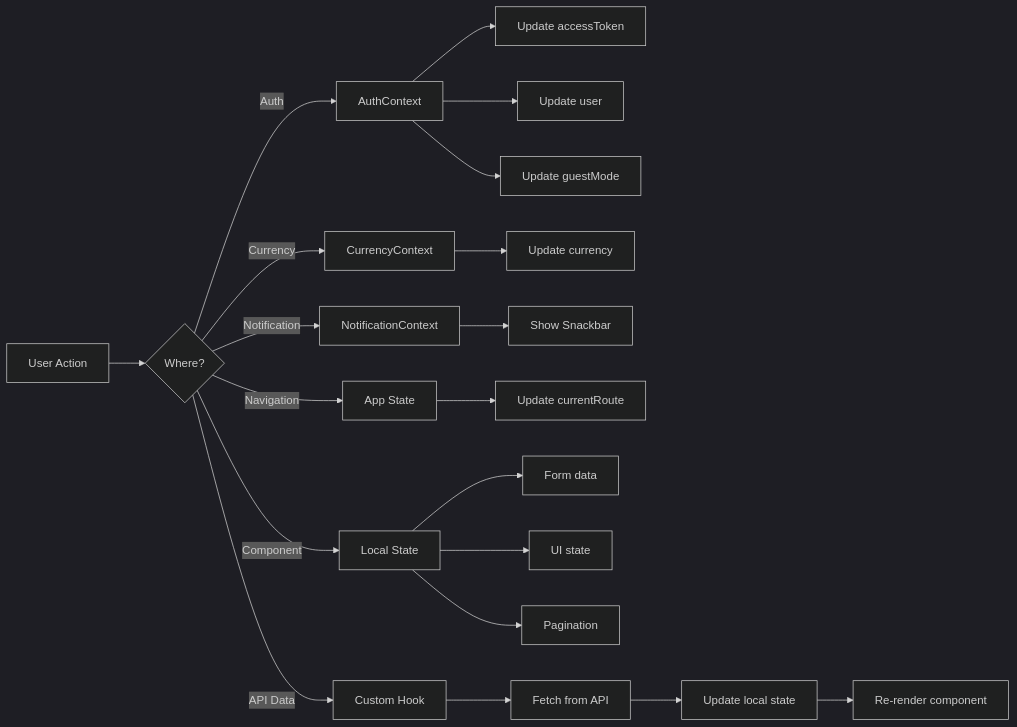
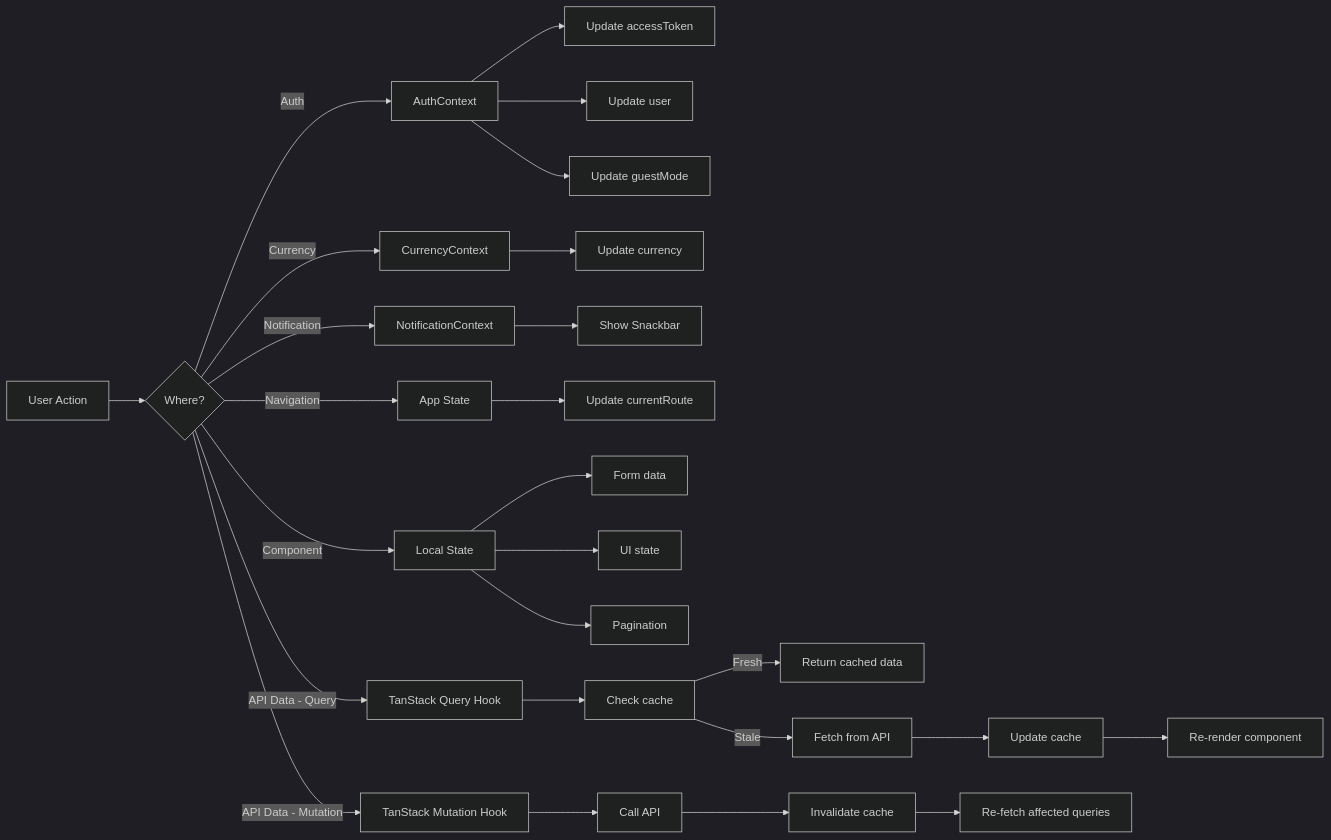
One commit to konarsubhojit/myapp changed the eighth of 9 diagrams in docs/frontend/README.md. Above: the diagram before and after it, drawn with Mermaid (dark theme). The commit also changed other lines of this file, not shown here.

Commit message:
Update frontend documentation to include TanStack Query implementation

````diff
--- a/docs/frontend/README.md
+++ b/docs/frontend/README.md
@@ -663,28 +734,35 @@
 ```mermaid
 graph LR
     A[User Action] --> B{Where?}
     
     B -->|Auth| C[AuthContext]
     C --> D[Update accessToken]
     C --> E[Update user]
     C --> F[Update guestMode]
     
     B -->|Currency| G[CurrencyContext]
     G --> H[Update currency]
     
     B -->|Notification| I[NotificationContext]
     I --> J[Show Snackbar]
     
     B -->|Navigation| K[App State]
     K --> L[Update currentRoute]
     
     B -->|Component| M[Local State]
     M --> N[Form data]
     M --> O[UI state]
     M --> P[Pagination]
     
-    B -->|API Data| Q[Custom Hook]
-    Q --> R[Fetch from API]
-    R --> S[Update local state]
-    S --> T[Re-render component]
+    B -->|API Data - Query| Q[TanStack Query Hook]
+    Q --> R[Check cache]
+    R -->|Fresh| S[Return cached data]
+    R -->|Stale| T[Fetch from API]
+    T --> U[Update cache]
+    U --> V[Re-render component]
+    
+    B -->|API Data - Mutation| W[TanStack Mutation Hook]
+    W --> X[Call API]
+    X --> Y[Invalidate cache]
+    Y --> Z[Re-fetch affected queries]
 ```
````
